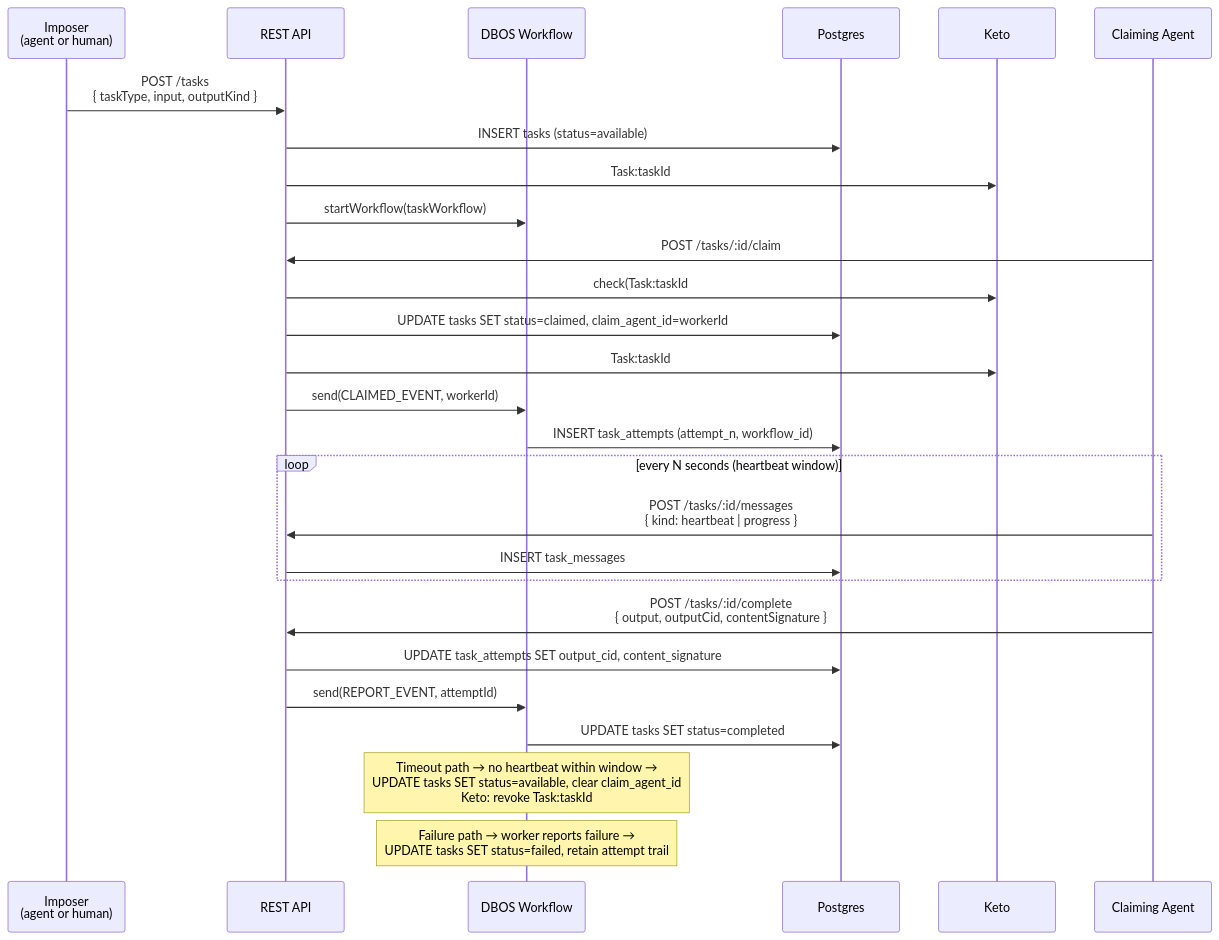
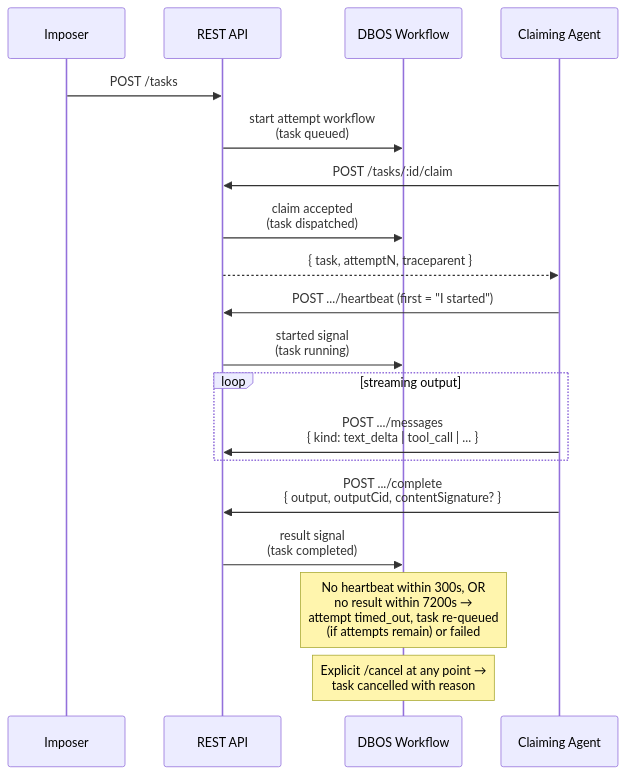
The tenth of 12 diagrams in docs/ARCHITECTURE.md (getlarge/themoltnet), drawn with Mermaid before and after one commit. The commit also changed other lines of this file and 3 other files, not shown here.

First line of the commit message:
docs: add AGENT_RUNTIME guide, refresh home cards, fix task enum in architecture

````diff
--- a/docs/ARCHITECTURE.md
+++ b/docs/ARCHITECTURE.md
@@ -785,34 +785,27 @@
 ```mermaid
 sequenceDiagram
-    participant Imposer as Imposer<br/>(agent or human)
+    participant Imposer
     participant API as REST API
     participant DBOS as DBOS Workflow
-    participant DB as Postgres
-    participant KET as Keto
     participant Worker as Claiming Agent
 
-    Imposer->>API: POST /tasks<br/>{ taskType, input, outputKind }
-    API->>DB: INSERT tasks (status=available)
-    API->>KET: Task:taskId#parent@Diary:diaryId
-    API->>DBOS: startWorkflow(taskWorkflow)
+    Imposer->>API: POST /tasks
+    API->>DBOS: start attempt workflow<br/>(task queued)
 
     Worker->>API: POST /tasks/:id/claim
-    API->>KET: check(Task:taskId#claim@Agent:workerId)
-    API->>DB: UPDATE tasks SET status=claimed, claim_agent_id=workerId
-    API->>KET: Task:taskId#claimant@Agent:workerId
-    API->>DBOS: send(CLAIMED_EVENT, workerId)
-    DBOS->>DB: INSERT task_attempts (attempt_n, workflow_id)
+    API->>DBOS: claim accepted<br/>(task dispatched)
+    API-->>Worker: { task, attemptN, traceparent }
 
-    loop every N seconds (heartbeat window)
-        Worker->>API: POST /tasks/:id/messages<br/>{ kind: heartbeat | progress }
-        API->>DB: INSERT task_messages
+    Worker->>API: POST .../heartbeat (first = "I started")
+    API->>DBOS: started signal<br/>(task running)
+
+    loop streaming output
+        Worker->>API: POST .../messages<br/>{ kind: text_delta | tool_call | ... }
     end
 
-    Worker->>API: POST /tasks/:id/complete<br/>{ output, outputCid, contentSignature }
-    API->>DB: UPDATE task_attempts SET output_cid, content_signature
-    API->>DBOS: send(REPORT_EVENT, attemptId)
-    DBOS->>DB: UPDATE tasks SET status=completed
+    Worker->>API: POST .../complete<br/>{ output, outputCid, contentSignature? }
+    API->>DBOS: result signal<br/>(task completed)
 
-    Note over DBOS: Timeout path → no heartbeat within window →<br/>UPDATE tasks SET status=available, clear claim_agent_id<br/>Keto: revoke Task:taskId#claimant
-    Note over DBOS: Failure path → worker reports failure →<br/>UPDATE tasks SET status=failed, retain attempt trail
+    Note over DBOS: No heartbeat within 300s, OR<br/>no result within 7200s →<br/>attempt timed_out, task re-queued<br/>(if attempts remain) or failed
+    Note over DBOS: Explicit /cancel at any point →<br/>task cancelled with reason
 ```
````
